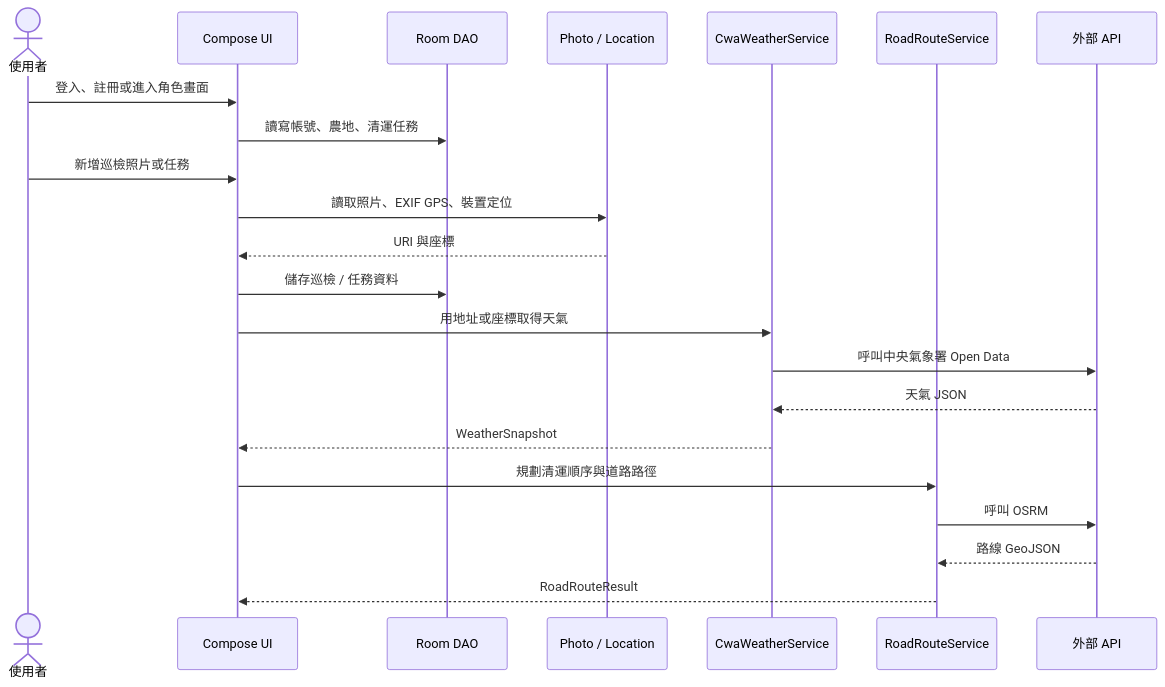
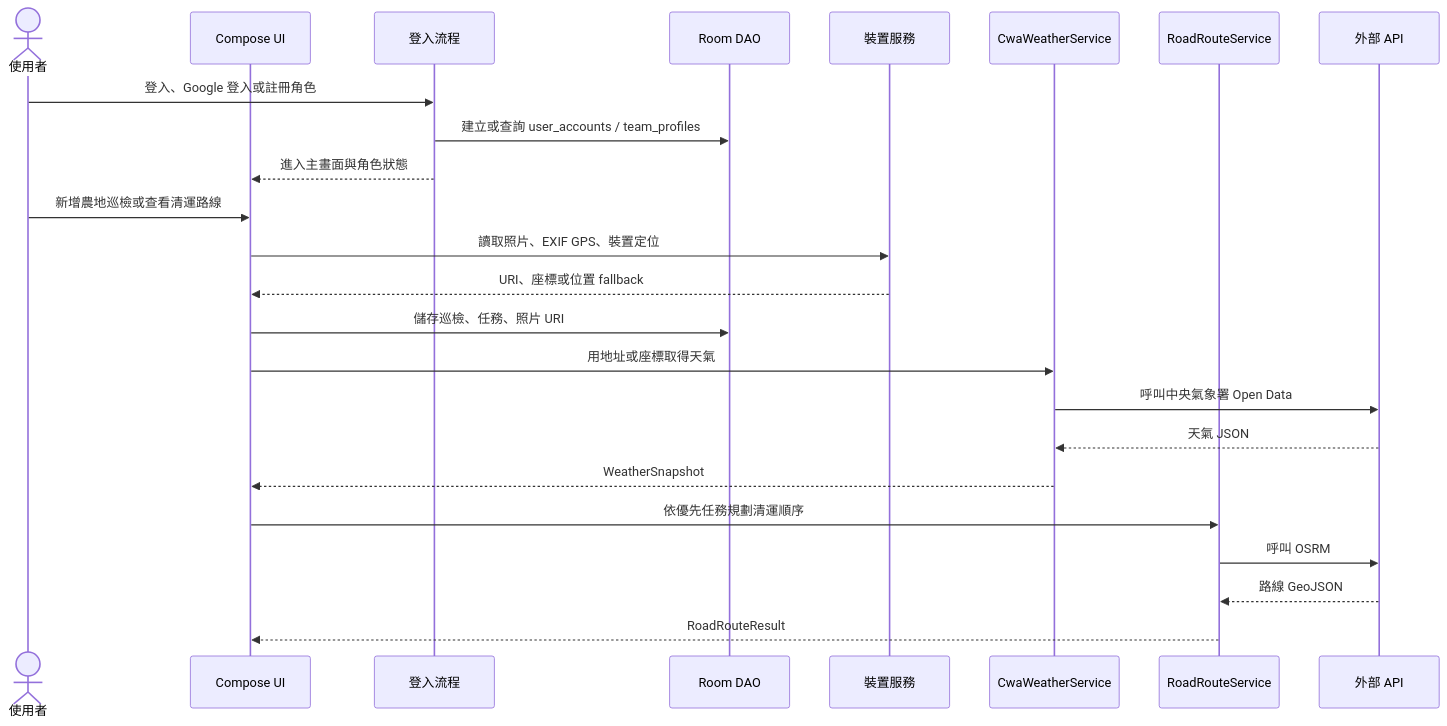
The second of 2 diagrams in ARCHITECTURE.md (Joshua211268/BauhausRoute), drawn with Mermaid before and after one commit. The commit also changed other lines of this file and 4 other files, not shown here.

Commit message:
Add theme mode support and refresh architecture docs

````diff
--- a/ARCHITECTURE.md
+++ b/ARCHITECTURE.md
@@ -99,25 +90,27 @@
 ```mermaid
 sequenceDiagram
     actor User as 使用者
     participant UI as Compose UI
+    participant Auth as 登入流程
     participant DB as Room DAO
-    participant Media as Photo / Location
+    participant Device as 裝置服務
     participant Weather as CwaWeatherService
     participant Route as RoadRouteService
-    participant External as 外部 API
+    participant API as 外部 API
 
-    User->>UI: 登入、註冊或進入角色畫面
-    UI->>DB: 讀寫帳號、農地、清運任務
-    User->>UI: 新增巡檢照片或任務
-    UI->>Media: 讀取照片、EXIF GPS、裝置定位
-    Media-->>UI: URI 與座標
-    UI->>DB: 儲存巡檢 / 任務資料
+    User->>Auth: 登入、Google 登入或註冊角色
+    Auth->>DB: 建立或查詢 user_accounts / team_profiles
+    Auth-->>UI: 進入主畫面與角色狀態
+    User->>UI: 新增農地巡檢或查看清運路線
+    UI->>Device: 讀取照片、EXIF GPS、裝置定位
+    Device-->>UI: URI、座標或位置 fallback
+    UI->>DB: 儲存巡檢、任務、照片 URI
     UI->>Weather: 用地址或座標取得天氣
-    Weather->>External: 呼叫中央氣象署 Open Data
-    External-->>Weather: 天氣 JSON
+    Weather->>API: 呼叫中央氣象署 Open Data
+    API-->>Weather: 天氣 JSON
     Weather-->>UI: WeatherSnapshot
-    UI->>Route: 規劃清運順序與道路路徑
-    Route->>External: 呼叫 OSRM
-    External-->>Route: 路線 GeoJSON
+    UI->>Route: 依優先任務規劃清運順序
+    Route->>API: 呼叫 OSRM
+    API-->>Route: 路線 GeoJSON
     Route-->>UI: RoadRouteResult
 ```
````
